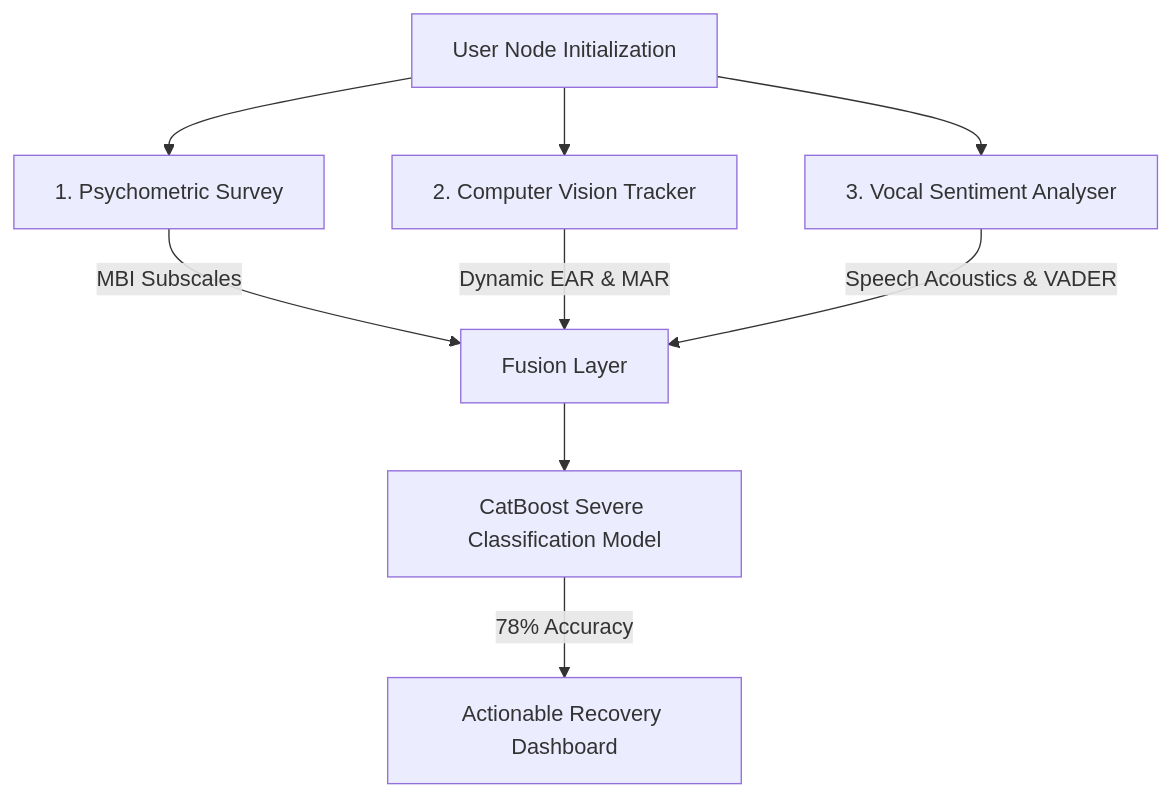
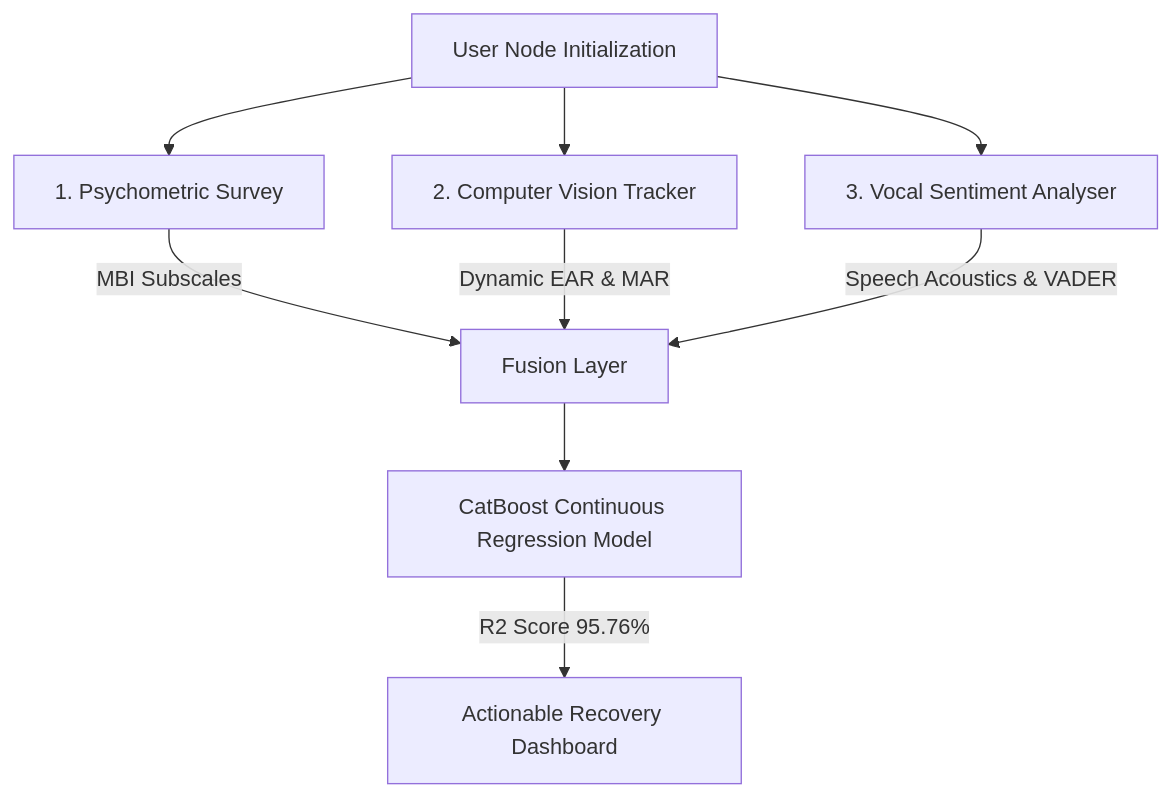
The diagram in README.md (kritika-ghosh/MindHaven), drawn with Mermaid before and after one commit. The commit also changed other lines of this file and 7 other files, not shown here.

````diff
--- a/README.md
+++ b/README.md
@@ -23,13 +23,13 @@
 ```mermaid
 graph TD
     A[User Node Initialization] --> B[1. Psychometric Survey]
     A --> C[2. Computer Vision Tracker]
     A --> D[3. Vocal Sentiment Analyser]
     
     B -->|MBI Subscales| E[Fusion Layer]
     C -->|Dynamic EAR & MAR| E
     D -->|Speech Acoustics & VADER| E
     
-    E --> F[CatBoost Severe Classification Model]
-    F -->|78% Accuracy| G[Actionable Recovery Dashboard]
+    E --> F[CatBoost Continuous Regression Model]
+    F -->|R2 Score 95.76%| G[Actionable Recovery Dashboard]
 ```
````
